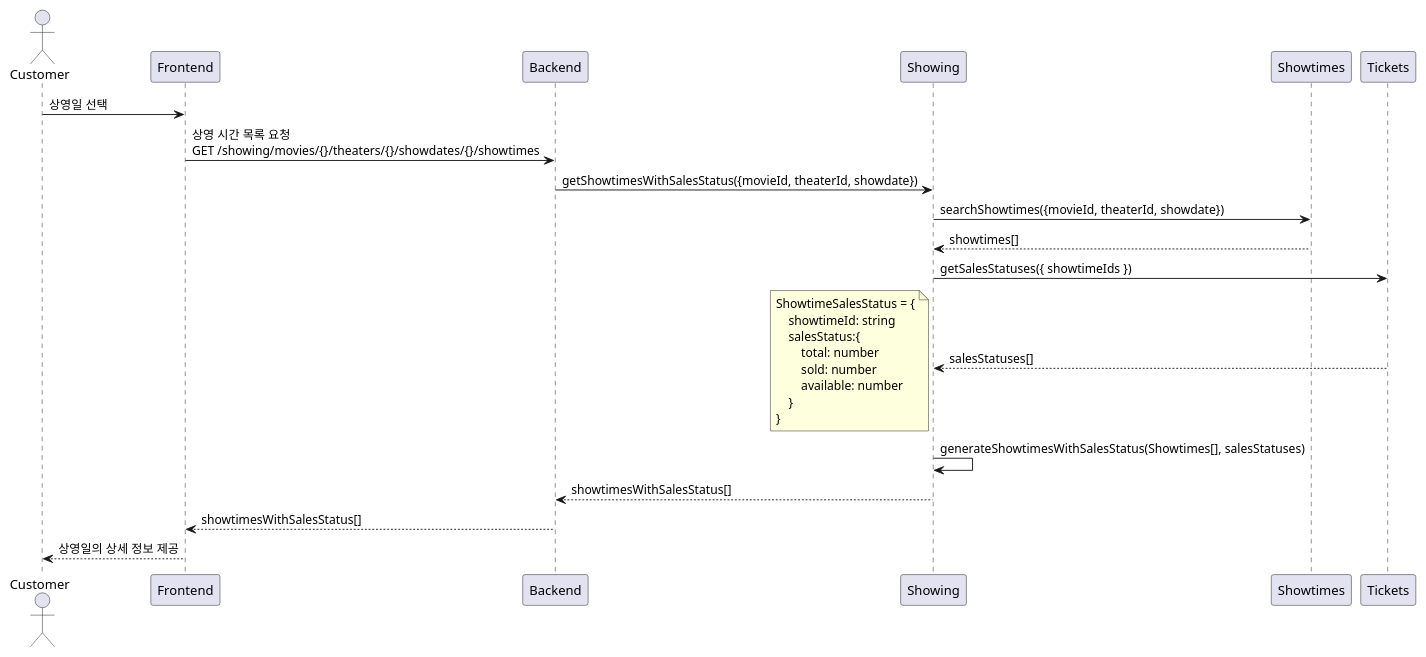
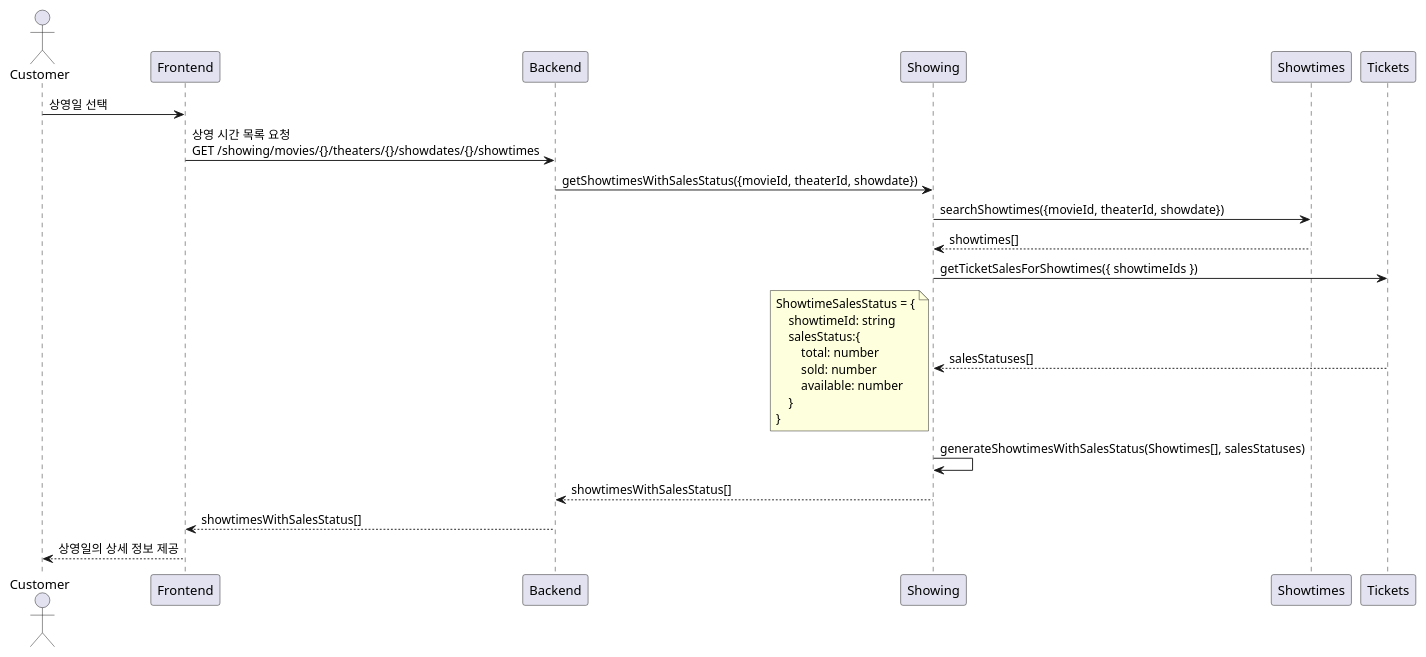
One commit to songminkyu/nest-msa changed the fourth of 6 diagrams in docs/_old/tickets-purchase.md. Above: the diagram before and after it, drawn with PlantUML. The commit also changed other lines of this file and 18 other files, not shown here.

Commit message:
refactor: rename getSalesStatuses to getTicketSalesForShowtimes for clarity; update related DTOs and service methods

````diff
--- a/docs/_old/tickets-purchase.md
+++ b/docs/_old/tickets-purchase.md
@@ -130,27 +130,27 @@
 ```plantuml
 @startuml
 actor Customer
 
 Customer -> Frontend : 상영일 선택
     Frontend -> Backend : 상영 시간 목록 요청\nGET /showing/movies/{}/theaters/{}/showdates/{}/showtimes
         Backend -> Showing: getShowtimesWithSalesStatus({movieId, theaterId, showdate})
             Showing -> Showtimes: searchShowtimes({movieId, theaterId, showdate})
             Showing <-- Showtimes: showtimes[]
-            Showing -> Tickets: getSalesStatuses({ showtimeIds })
+            Showing -> Tickets: getTicketSalesForShowtimes({ showtimeIds })
             Showing <-- Tickets: salesStatuses[]
             note left
             ShowtimeSalesStatus = {
                 showtimeId: string
                 salesStatus:{
                     total: number
                     sold: number
                     available: number
                 }
             }
             end note
             Showing -> Showing: generateShowtimesWithSalesStatus(Showtimes[], salesStatuses)
         Backend <-- Showing: showtimesWithSalesStatus[]
     Frontend <-- Backend : showtimesWithSalesStatus[]
 Customer <-- Frontend : 상영일의 상세 정보 제공
 @enduml
 ```
````
